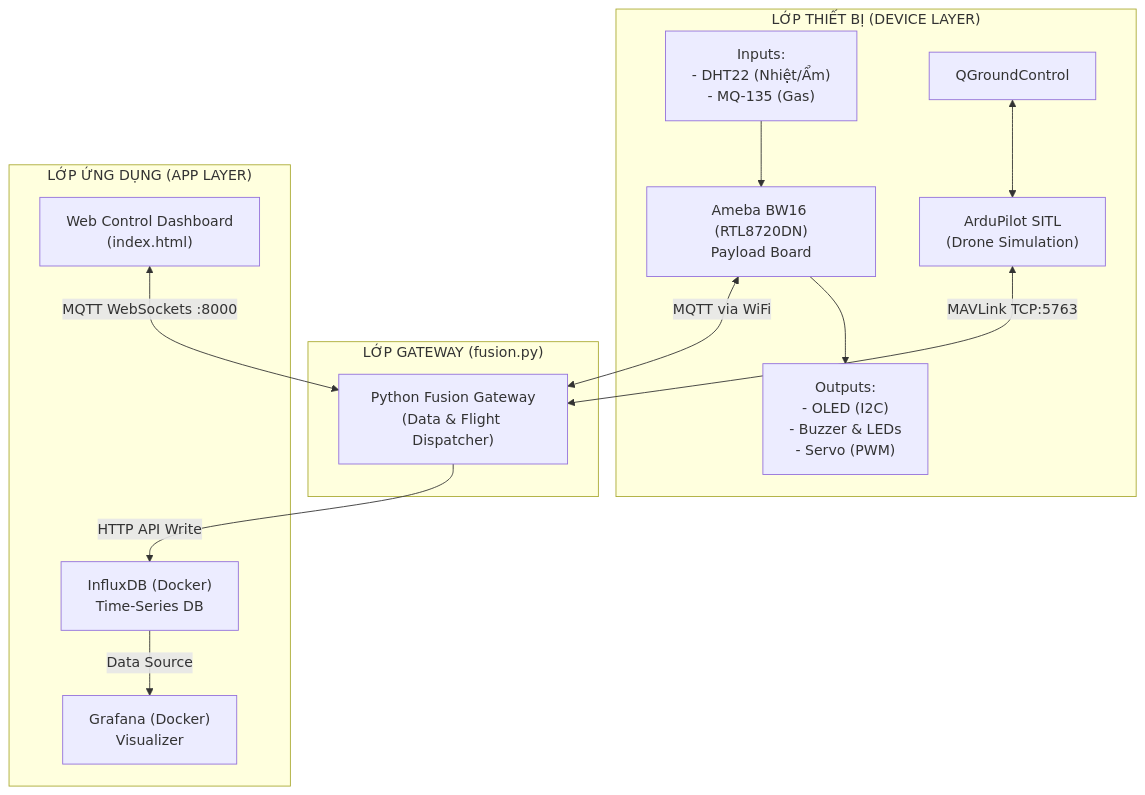
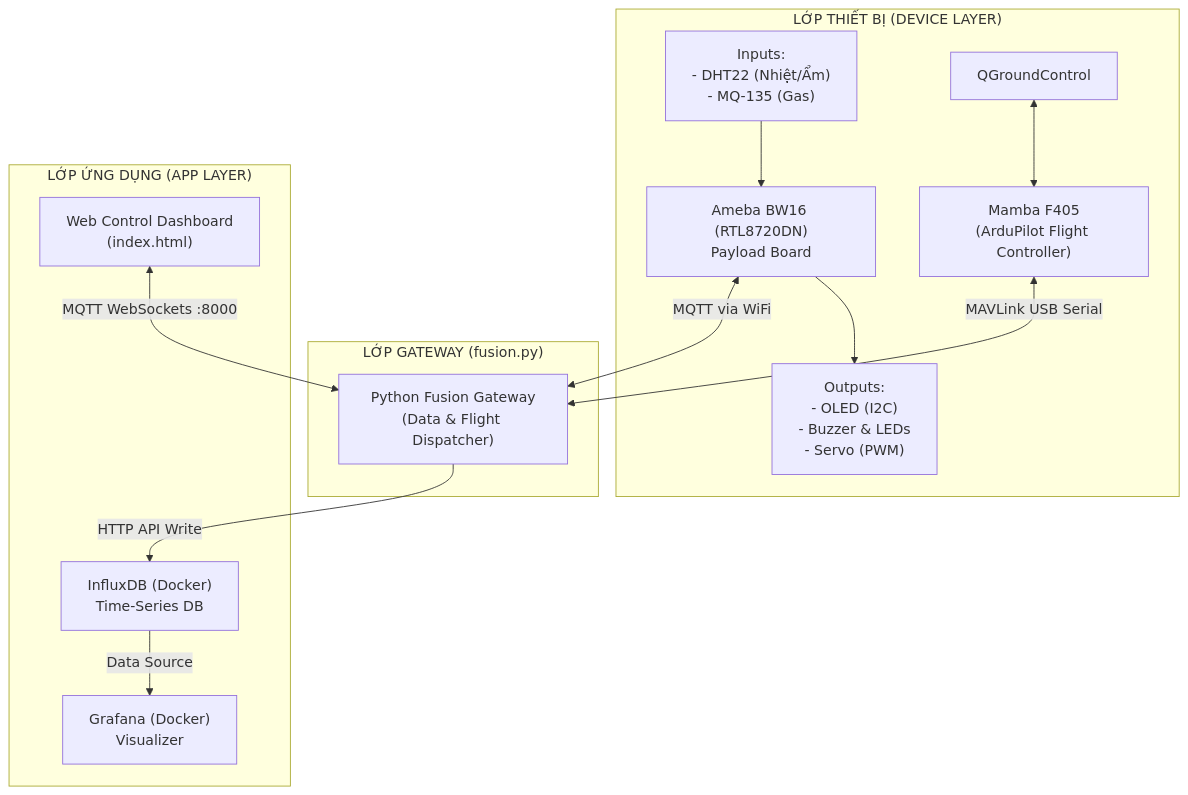
One commit to KH4NHTU0NG/IOT102_DRONE-PROJECT changed the diagram in README.md. Above: the diagram before and after it, drawn with Mermaid. The commit also changed other lines of this file and 6 other files, not shown here.

First line of the commit message:
Refactor: Transition system from SITL to HITL (Mamba F405)

````diff
--- a/README.md
+++ b/README.md
@@ -10,33 +10,33 @@
 ```mermaid
 graph TD
     subgraph Device_Layer["LỚP THIẾT BỊ (DEVICE LAYER)"]
         BW16["Ameba BW16 (RTL8720DN)<br>Payload Board"]
         Sensors["Inputs:<br>- DHT22 (Nhiệt/Ẩm)<br>- MQ-135 (Gas)"]
         Outputs["Outputs:<br>- OLED (I2C)<br>- Buzzer & LEDs<br>- Servo (PWM)"]
         
-        SITL["ArduPilot SITL<br>(Drone Simulation)"]
+        FC["Mamba F405<br>(ArduPilot Flight Controller)"]
         QGC["QGroundControl"]
         
         Sensors --> BW16
         BW16 --> Outputs
-        QGC <--> SITL
+        QGC <--> FC
     end
 
     subgraph Gateway_Layer["LỚP GATEWAY (fusion.py)"]
         Fusion["Python Fusion Gateway<br>(Data & Flight Dispatcher)"]
     end
 
     subgraph App_Layer["LỚP ỨNG DỤNG (APP LAYER)"]
         WebDash["Web Control Dashboard<br>(index.html)"]
         DB["InfluxDB (Docker)<br>Time-Series DB"]
         Grafana["Grafana (Docker)<br>Visualizer"]
     end
 
     BW16 <-->|MQTT via WiFi| Fusion
-    SITL <-->|MAVLink TCP:5763| Fusion
+    FC <-->|MAVLink USB Serial| Fusion
     
     Fusion -->|HTTP API Write| DB
     DB -->|Data Source| Grafana
     
     WebDash <-->|MQTT WebSockets :8000| Fusion
 ```
````
